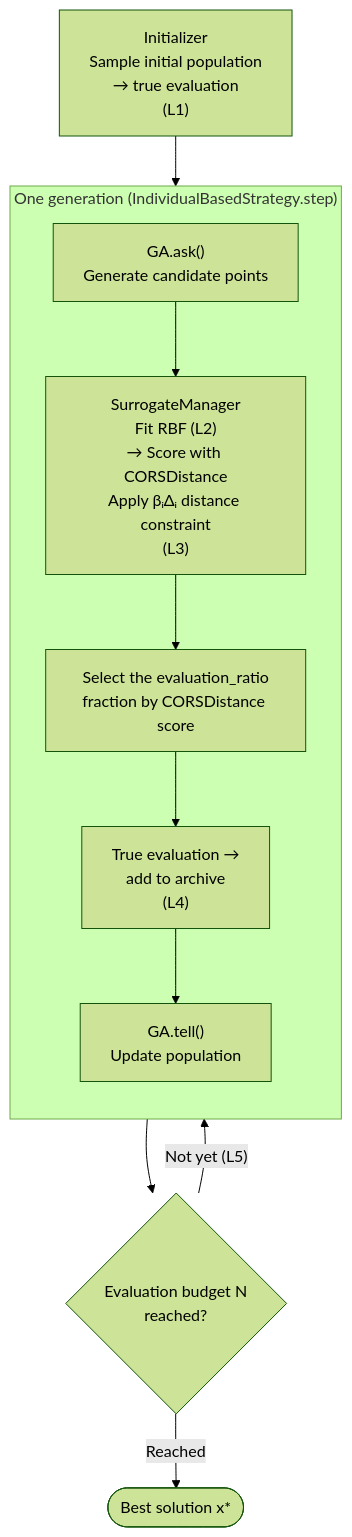
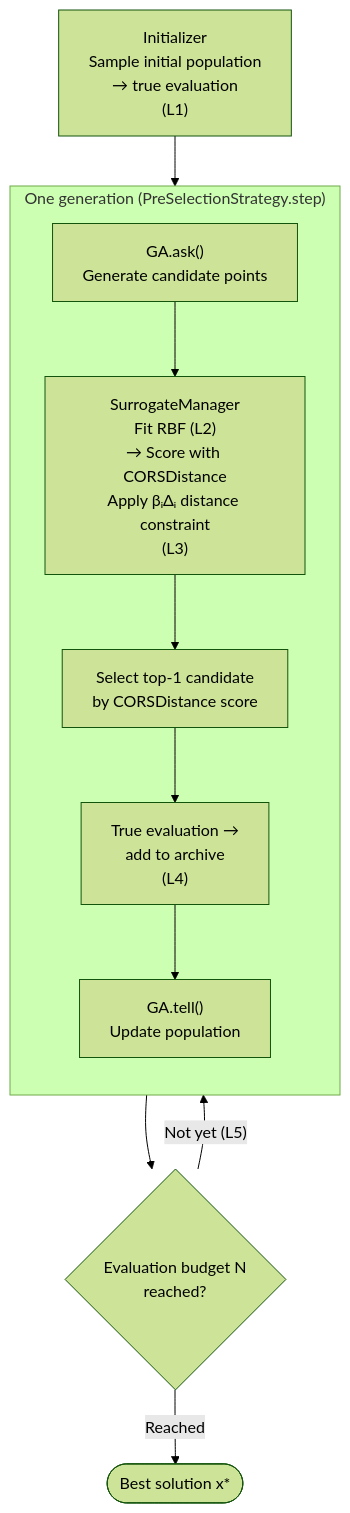
One commit to shlka/saealib changed the diagram in docs/algorithms/rbf_cors.md. Above: the diagram before and after it, drawn with Mermaid (forest theme). The commit also changed other lines of this file and 7 other files, not shown here.

````diff
--- a/docs/algorithms/rbf_cors.md
+++ b/docs/algorithms/rbf_cors.md
@@ -43,14 +43,14 @@
 ```{mermaid}
 flowchart TD
     INIT["Initializer<br/>Sample initial population<br/>→ true evaluation<br/>(L1)"] --> ASK
-    subgraph GEN["One generation (IndividualBasedStrategy.step)"]
+    subgraph GEN["One generation (PreSelectionStrategy.step)"]
         direction TB
         ASK["GA.ask()<br/>Generate candidate points"] --> SCORE["SurrogateManager<br/>Fit RBF (L2)<br/>→ Score with CORSDistance<br/>Apply βᵢΔᵢ distance constraint<br/>(L3)"]
-        SCORE --> SORT["Select the evaluation_ratio<br/>fraction by CORSDistance score"]
+        SCORE --> SORT["Select top-1 candidate<br/>by CORSDistance score"]
         SORT --> EVAL["True evaluation →<br/>add to archive<br/>(L4)"]
         EVAL --> TELL["GA.tell()<br/>Update population"]
     end
     GEN --> TERM{"Evaluation budget N<br/>reached?"}
     TERM -- "Not yet (L5)" --> ASK
     TERM -- "Reached" --> RESULT(["Best solution x*"])
 ```
````
